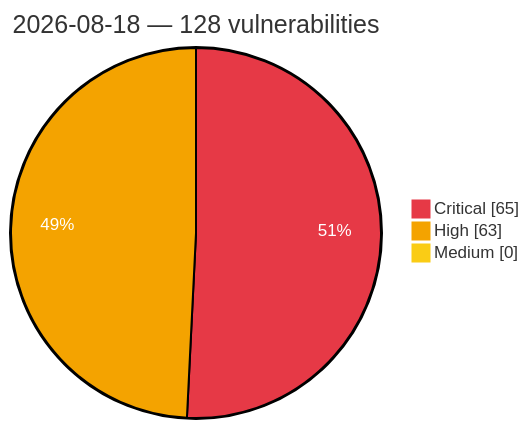
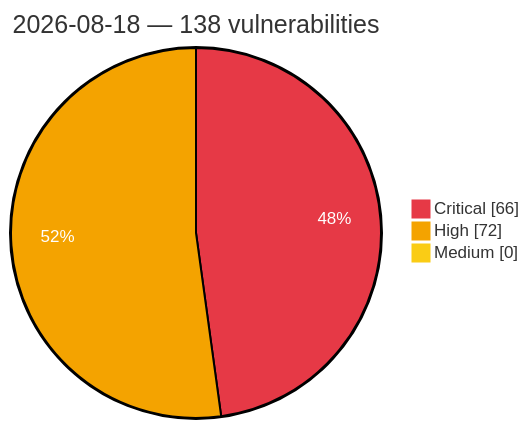
One commit to GhostX0X/vuln-tracker changed the diagram in vulnerabilities/2026/August/2026-08-18.md. Above: the diagram before and after it, drawn with Mermaid. The commit also changed other lines of this file and 5 other files, not shown here.

Commit message:
Auto update: critical/high vulns (2026-08-18 23:19 UTC)

````diff
--- a/vulnerabilities/2026/August/2026-08-18.md
+++ b/vulnerabilities/2026/August/2026-08-18.md
@@ -3,8 +3,8 @@
 ```mermaid
 %%{init: {'theme':'base', 'themeVariables': {'pie1':'#e63946', 'pie2':'#f4a300', 'pie3':'#facc15', 'pieOpacity':'1', 'pieOuterStrokeWidth':'2px', 'pieSectionTextColor':'#ffffff'}}}%%
 pie showData
-    title 2026-08-18 — 128 vulnerabilities
-    "Critical" : 65
-    "High" : 63
+    title 2026-08-18 — 138 vulnerabilities
+    "Critical" : 66
+    "High" : 72
     "Medium" : 0
 ```
````
